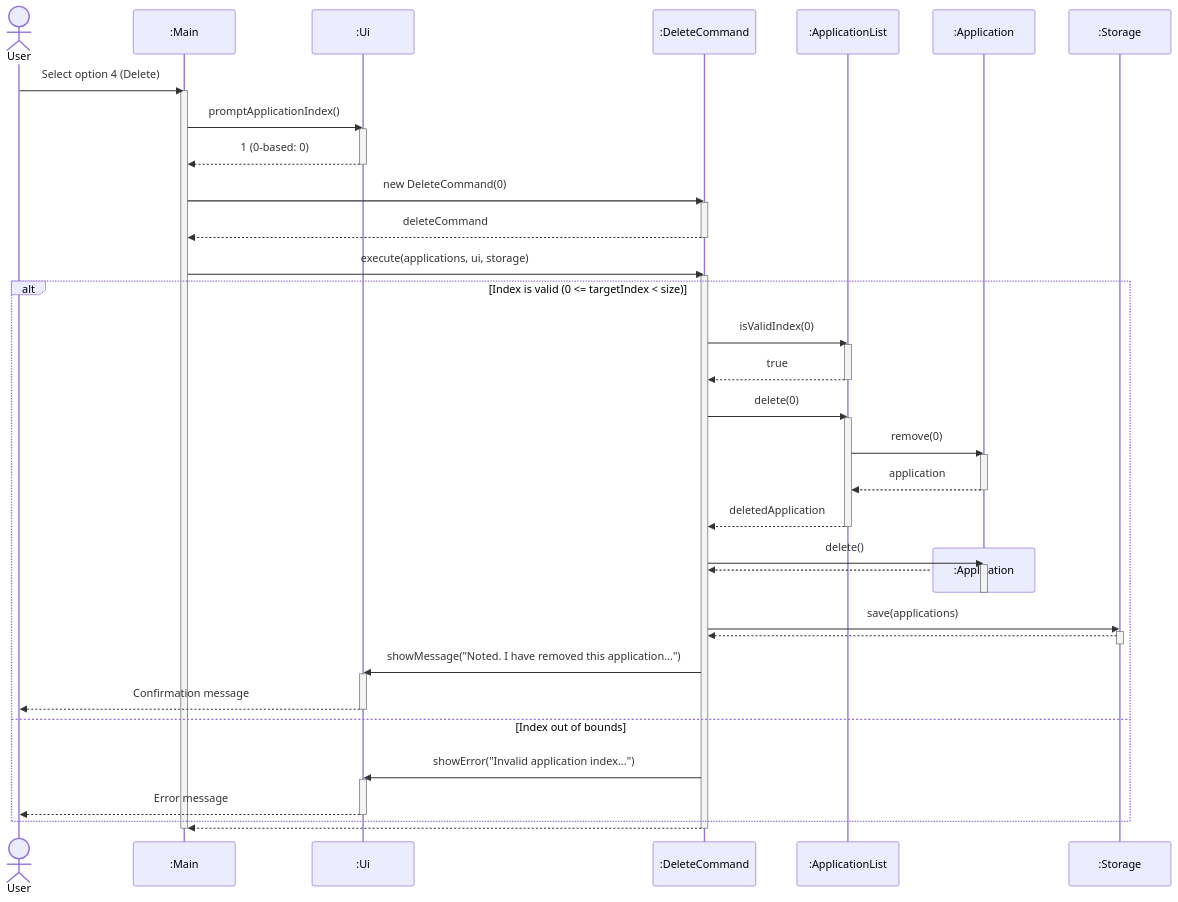
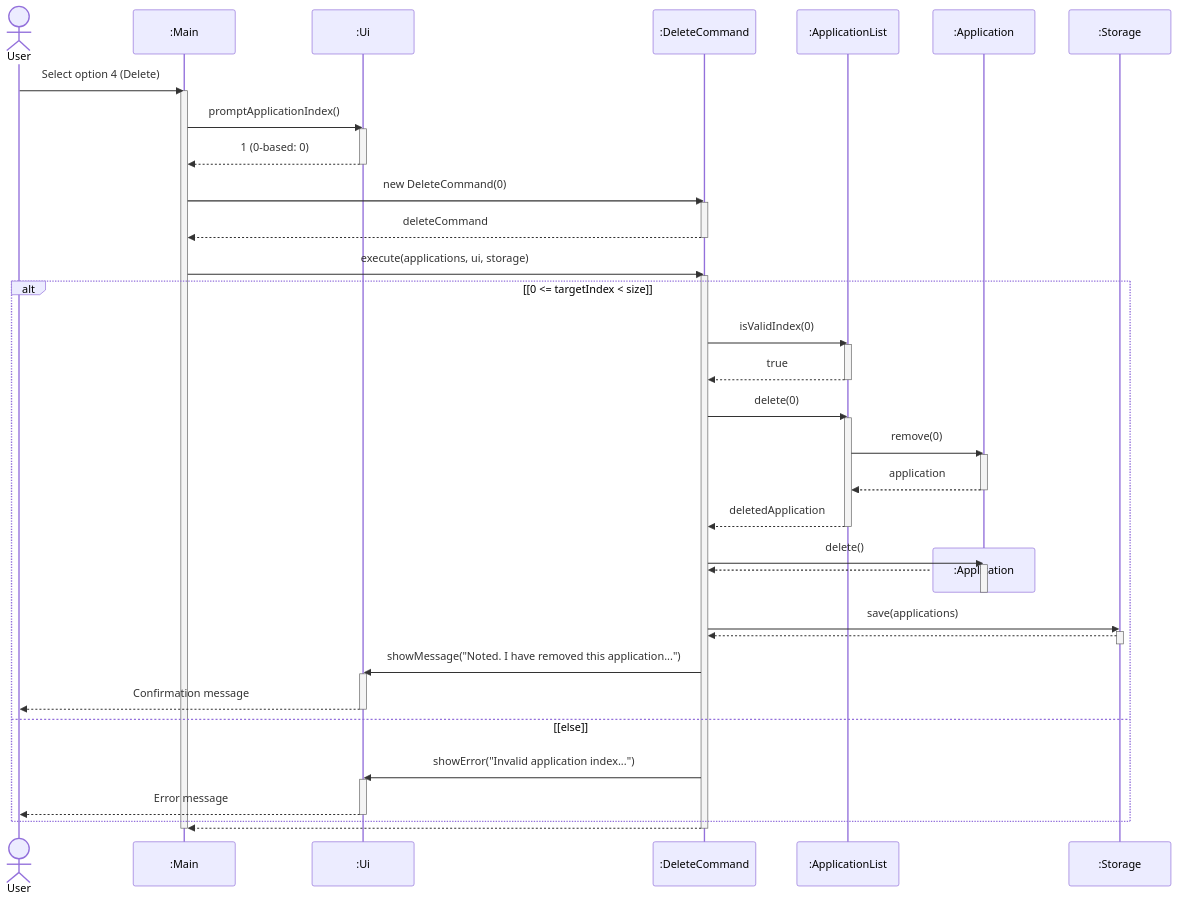
Diagram 11 of 21 in docs/DeveloperGuide.md (AY2627S1-CS2113-T10-2/tp), drawn with Mermaid before and after one commit. The commit also changed other lines of this file, not shown here.

First line of the commit message:
docs: align diagrams with reference guidelines and compact activity/object layouts

````diff
--- a/docs/DeveloperGuide.md
+++ b/docs/DeveloperGuide.md
@@ -674,60 +634,60 @@
 ```mermaid
 sequenceDiagram
     actor user as User
     participant main as :Main
     participant ui as :Ui
     participant cmd as :DeleteCommand
     participant list as :ApplicationList
     participant app as :Application
     participant storage as :Storage
 
     user->>main: Select option 4 (Delete)
     activate main
     main->>ui: promptApplicationIndex()
     activate ui
     ui-->>main: 1 (0-based: 0)
     deactivate ui
     main->>cmd: new DeleteCommand(0)
     activate cmd
     cmd-->>main: deleteCommand
     deactivate cmd
     main->>cmd: execute(applications, ui, storage)
     activate cmd
 
-    alt Index is valid (0 <= targetIndex < size)
+    alt [0 <= targetIndex < size]
         cmd->>list: isValidIndex(0)
         activate list
         list-->>cmd: true
         deactivate list
         cmd->>list: delete(0)
         activate list
         list->>app: remove(0)
         activate app
         app-->>list: application
         deactivate app
         list-->>cmd: deletedApplication
         deactivate list
         cmd->>app: delete()
         activate app
         destroy app
         app-->>cmd: 
         deactivate app
         cmd->>storage: save(applications)
         activate storage
         storage-->>cmd: 
         deactivate storage
         cmd->>ui: showMessage("Noted. I have removed this application...")
         activate ui
         ui-->>user: Confirmation message
         deactivate ui
-    else Index out of bounds
+    else [else]
         cmd->>ui: showError("Invalid application index...")
         activate ui
         ui-->>user: Error message
         deactivate ui
     end
 
     cmd-->>main: 
     deactivate cmd
     deactivate main
 ```
````
